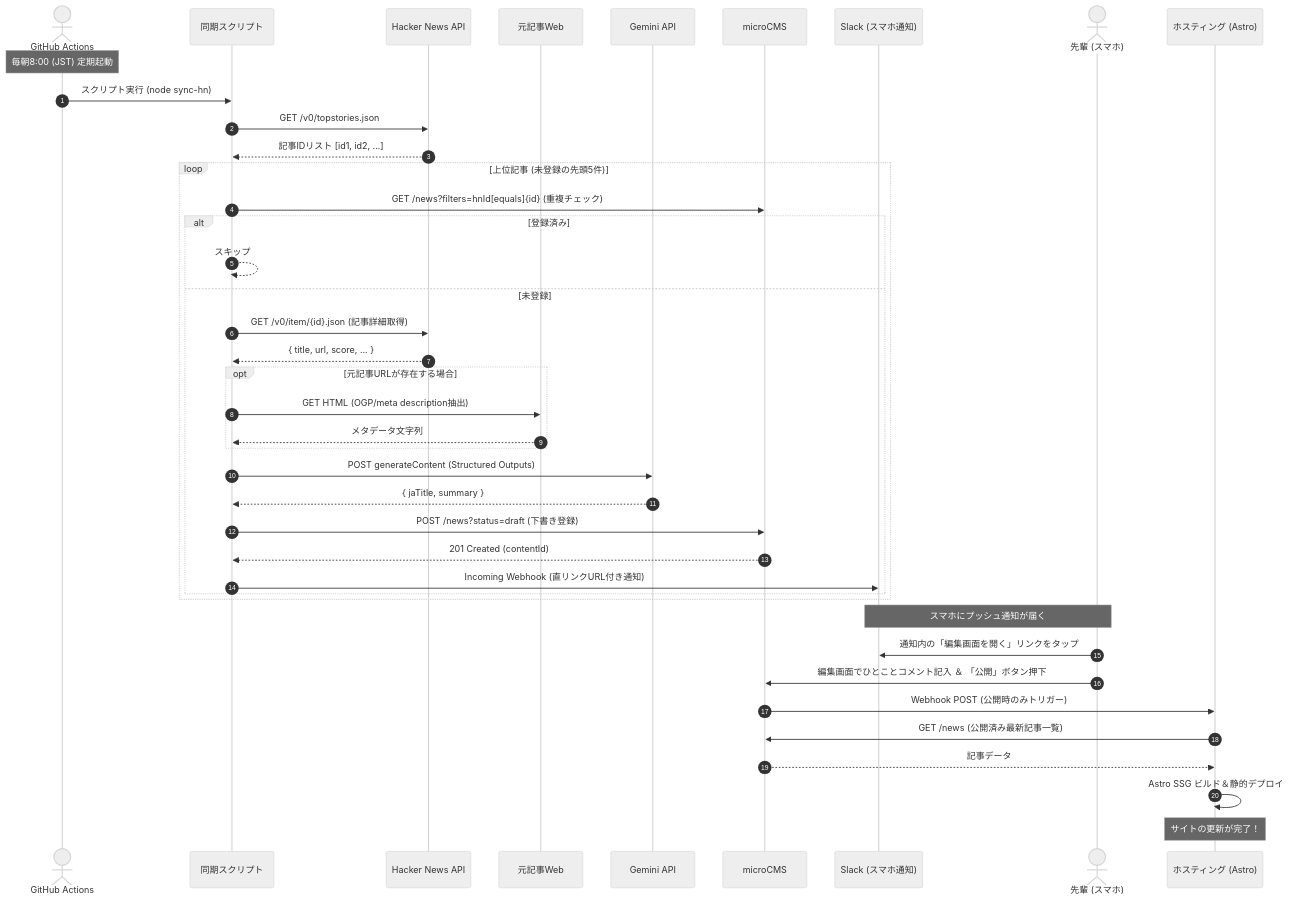
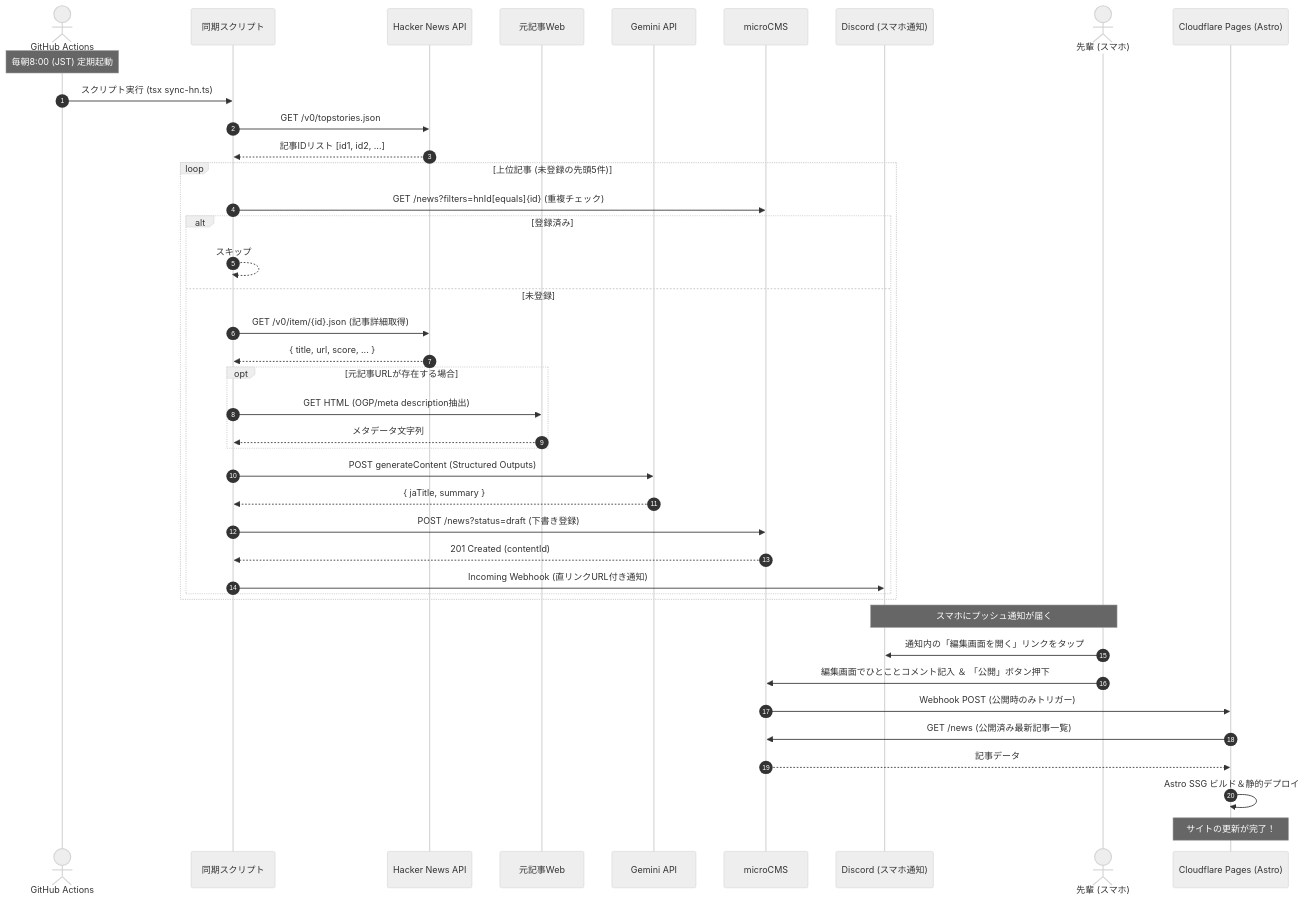
Before and after one commit to blacpans/hnmc: the third of 4 diagrams in docs/architecture.md, drawn with Mermaid (neutral theme). The commit also changed other lines of this file and 1 other file, not shown here.

First line of the commit message:
docs(architecture): 📝 技術スタックの決定事項をドキュメントに反映したじゃんね！✨📝

````diff
--- a/docs/architecture.md
+++ b/docs/architecture.md
@@ -97,46 +97,46 @@
 ```mermaid
 sequenceDiagram
     autonumber
     actor Cron as GitHub Actions
     participant Script as 同期スクリプト
     participant HN as Hacker News API
     participant Target as 元記事Web
     participant Gemini as Gemini API
     participant CMS as microCMS
-    participant Slack as Slack (スマホ通知)
+    participant Discord as Discord (スマホ通知)
     actor User as 先輩 (スマホ)
-    participant Hosting as ホスティング (Astro)
+    participant Hosting as Cloudflare Pages (Astro)
 
     Note over Cron: 毎朝8:00 (JST) 定期起動
-    Cron->>Script: スクリプト実行 (node sync-hn)
+    Cron->>Script: スクリプト実行 (tsx sync-hn.ts)
     Script->>HN: GET /v0/topstories.json
     HN-->>Script: 記事IDリスト [id1, id2, ...]
 
     loop 上位記事 (未登録の先頭5件)
         Script->>CMS: GET /news?filters=hnId[equals]{id} (重複チェック)
         alt 登録済み
             Script-->>Script: スキップ
         else 未登録
             Script->>HN: GET /v0/item/{id}.json (記事詳細取得)
             HN-->>Script: { title, url, score, ... }
             opt 元記事URLが存在する場合
                 Script->>Target: GET HTML (OGP/meta description抽出)
                 Target-->>Script: メタデータ文字列
             end
             Script->>Gemini: POST generateContent (Structured Outputs)
             Gemini-->>Script: { jaTitle, summary }
             Script->>CMS: POST /news?status=draft (下書き登録)
             CMS-->>Script: 201 Created (contentId)
-            Script->>Slack: Incoming Webhook (直リンクURL付き通知)
+            Script->>Discord: Incoming Webhook (直リンクURL付き通知)
         end
     end
 
-    Note over Slack,User: スマホにプッシュ通知が届く
-    User->>Slack: 通知内の「編集画面を開く」リンクをタップ
+    Note over Discord,User: スマホにプッシュ通知が届く
+    User->>Discord: 通知内の「編集画面を開く」リンクをタップ
     User->>CMS: 編集画面でひとことコメント記入 ＆ 「公開」ボタン押下
     CMS->>Hosting: Webhook POST (公開時のみトリガー)
     Hosting->>CMS: GET /news (公開済み最新記事一覧)
     CMS-->>Hosting: 記事データ
     Hosting->>Hosting: Astro SSG ビルド＆静的デプロイ
     Note over Hosting: サイトの更新が完了！
 ```
````
